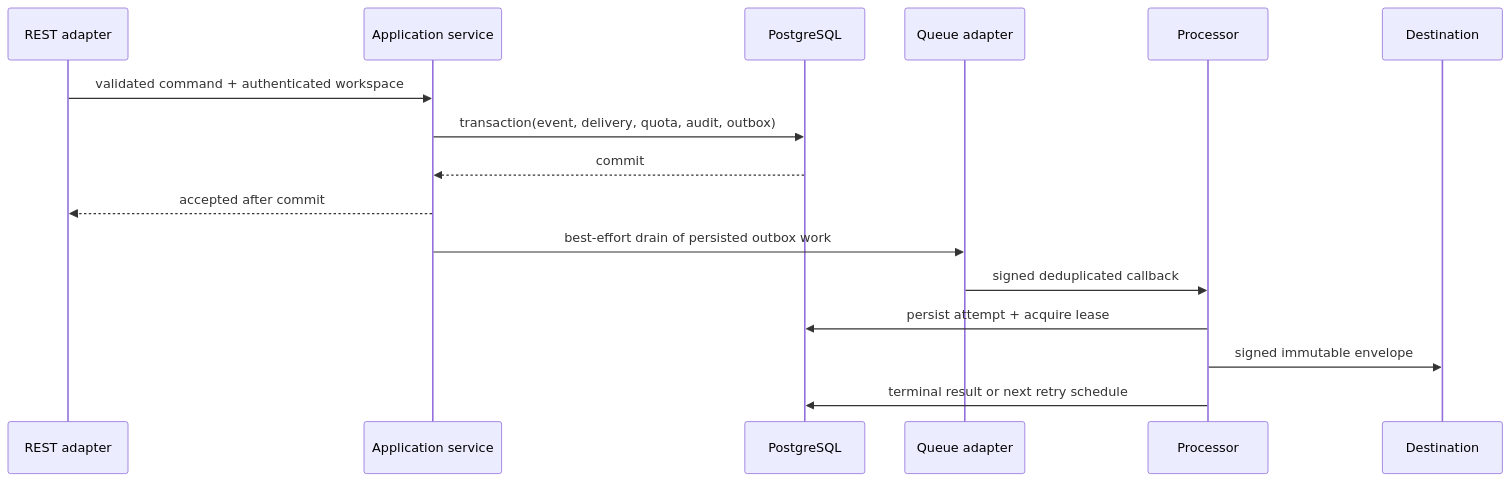
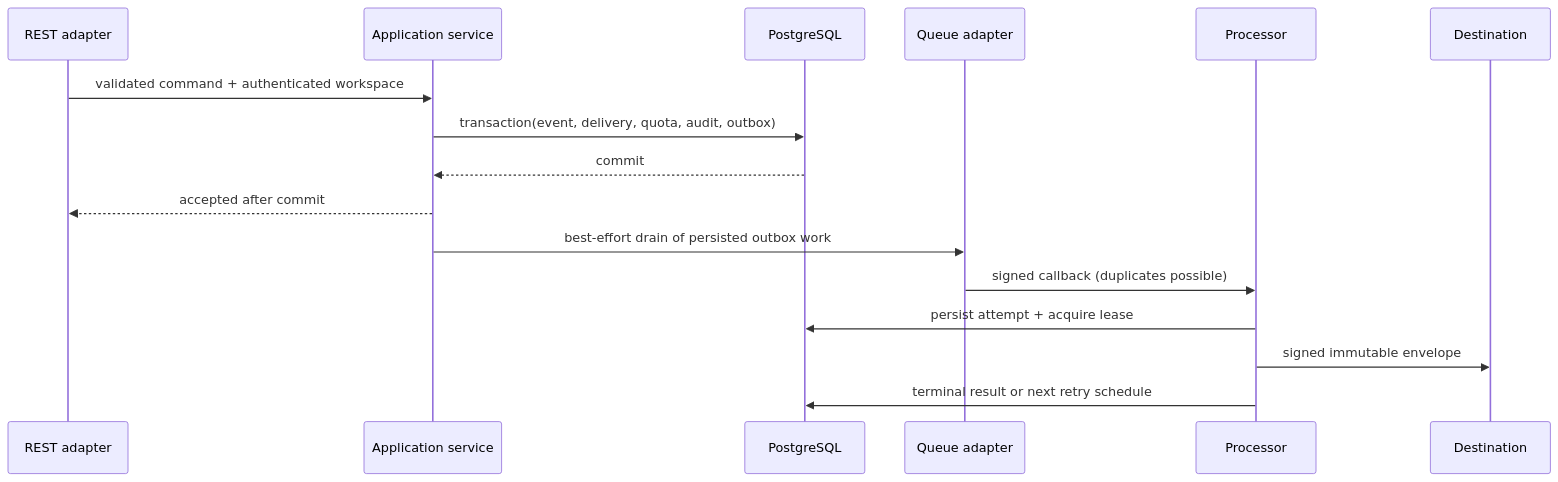
The second of 2 diagrams in docs/architecture.md (mubidotjs/reliable-webhook-platform), drawn with Mermaid before and after one commit. The commit also changed other lines of this file and 5 other files, not shown here.

````diff
--- a/docs/architecture.md
+++ b/docs/architecture.md
@@ -39,18 +47,18 @@
 ```mermaid
 sequenceDiagram
   participant A as REST adapter
   participant S as Application service
   participant D as PostgreSQL
   participant Q as Queue adapter
   participant W as Processor
   participant T as Destination
   A->>S: validated command + authenticated workspace
   S->>D: transaction(event, delivery, quota, audit, outbox)
   D-->>S: commit
   S-->>A: accepted after commit
   S->>Q: best-effort drain of persisted outbox work
-  Q->>W: signed deduplicated callback
+  Q->>W: signed callback (duplicates possible)
   W->>D: persist attempt + acquire lease
   W->>T: signed immutable envelope
   W->>D: terminal result or next retry schedule
 ```
````
